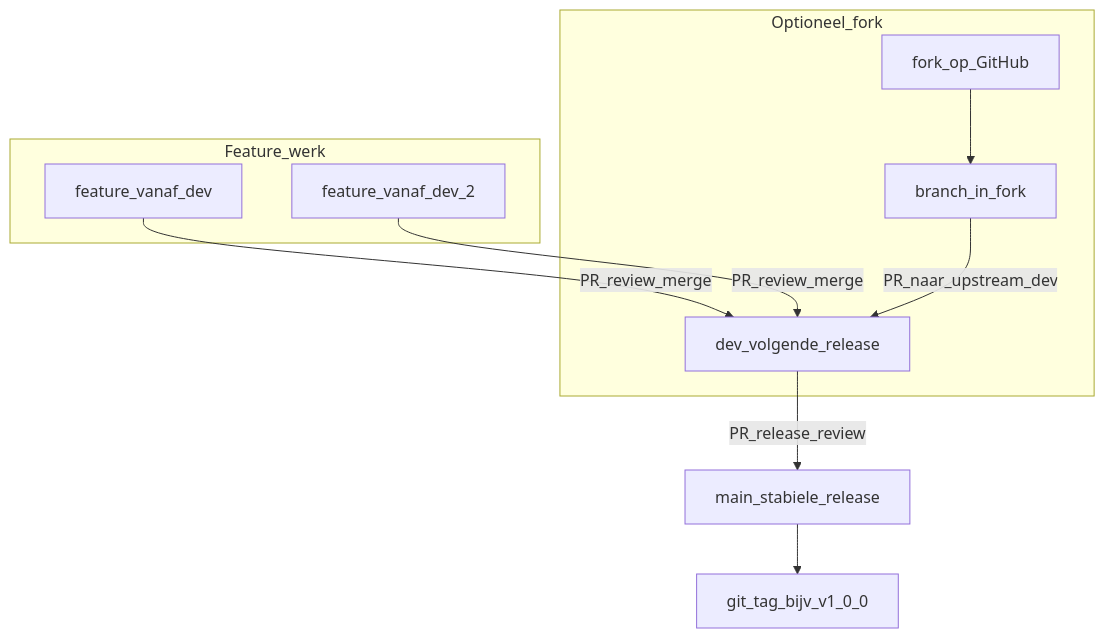
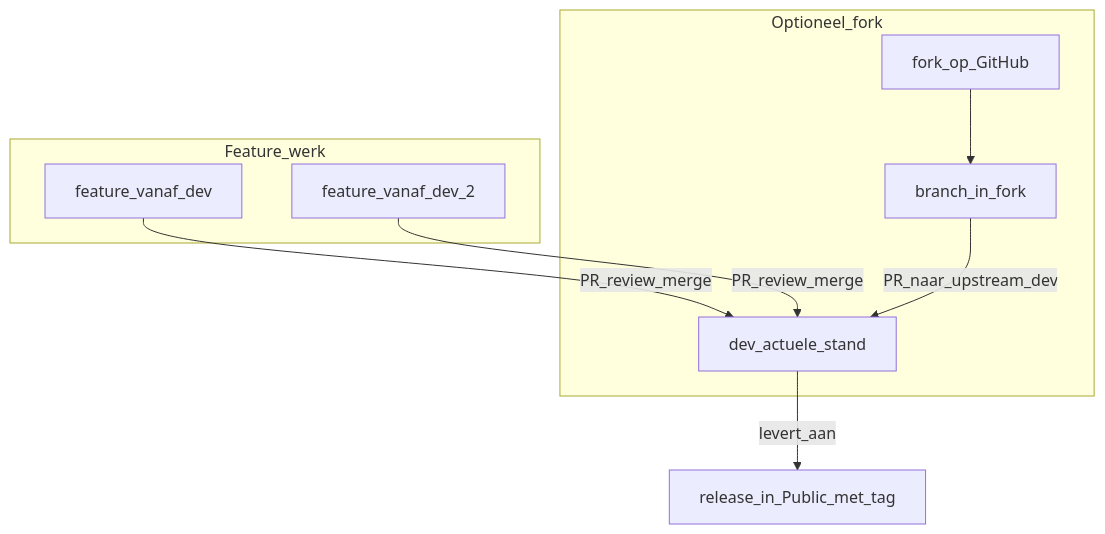
The fourth of 9 diagrams in doc/Bijdragen-voor-beginners.md (Npuls-OKx/meta), drawn with Mermaid before and after one commit. The commit also changed other lines of this file and 3 other files, not shown here.

````diff
--- a/doc/Bijdragen-voor-beginners.md
+++ b/doc/Bijdragen-voor-beginners.md
@@ -364,23 +361,21 @@
 ```mermaid
 flowchart TD
   subgraph features [Feature_werk]
     fb1[feature_vanaf_dev]
     fb2[feature_vanaf_dev_2]
   end
 
-  dev[dev_volgende_release]
-  main[main_stabiele_release]
-  tag[git_tag_bijv_v1_0_0]
+  dev[dev_actuele_stand]
+  release[release_in_Public_met_tag]
 
   fb1 -->|PR_review_merge| dev
   fb2 -->|PR_review_merge| dev
-  dev -->|PR_release_review| main
-  main --> tag
+  dev -->|levert_aan| release
 
   subgraph fork [Optioneel_fork]
     forkRepo[fork_op_GitHub]
     forkBranch[branch_in_fork]
     forkRepo --> forkBranch
     forkBranch -->|PR_naar_upstream_dev| dev
   end
 ```
````
